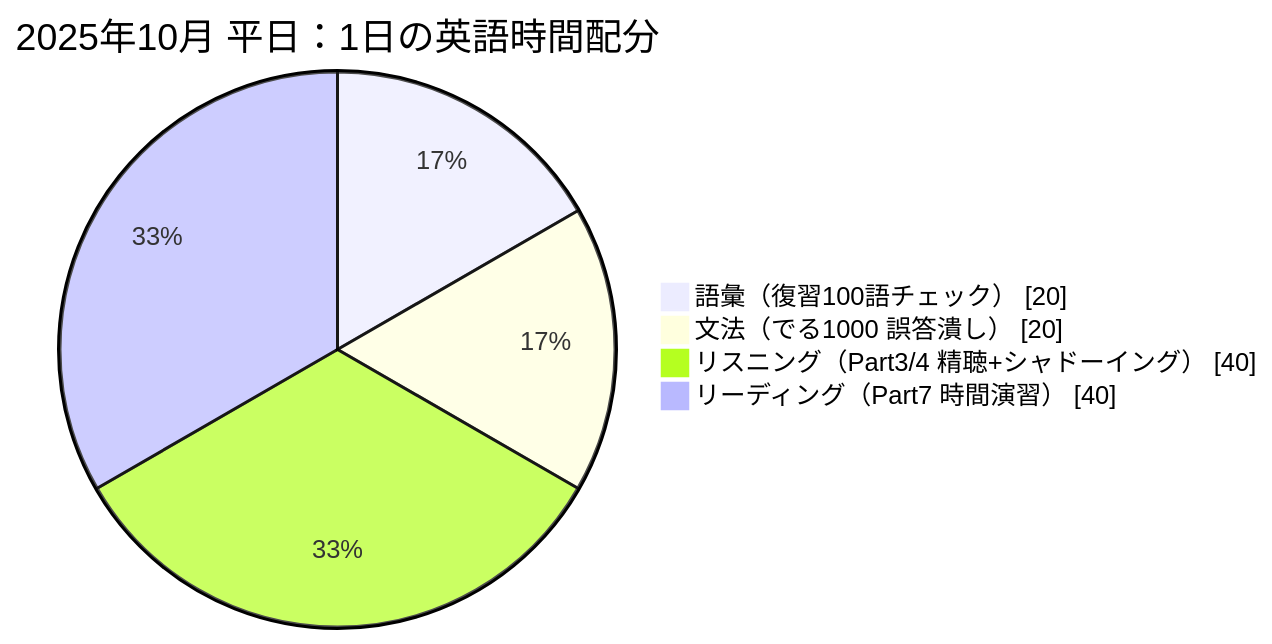
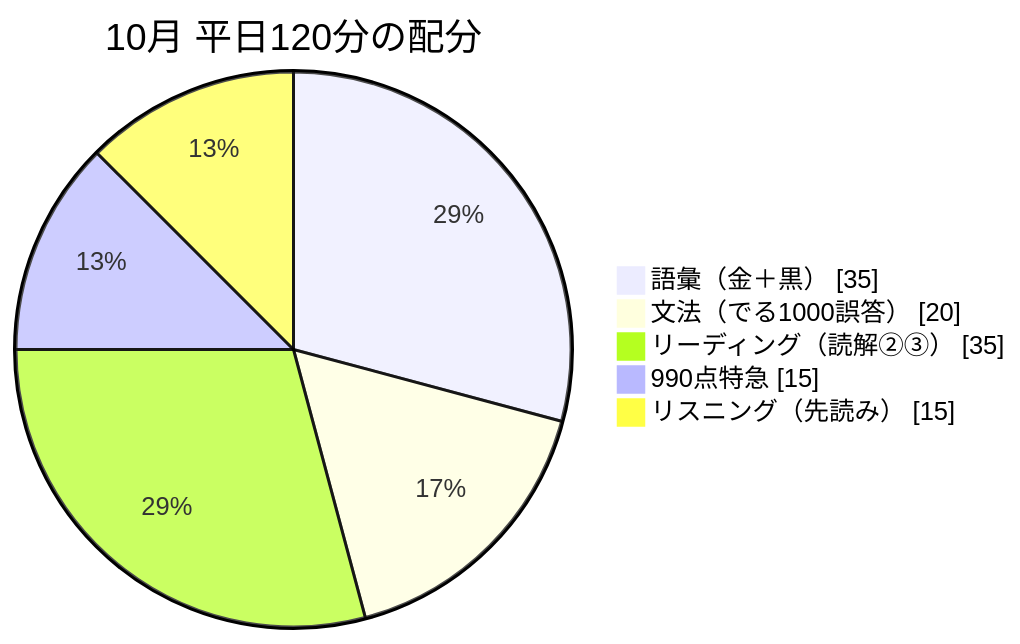
Before and after one commit to hellomyzn/TIL: the fourth of 5 diagrams in english/toeic/roadmap-2025.md, drawn with Mermaid. The commit also changed other lines of this file, not shown here.

Commit message:
update: toeic roadmap

````diff
--- a/english/toeic/roadmap-2025.md
+++ b/english/toeic/roadmap-2025.md
@@ -111,8 +107,9 @@
 ```mermaid
 pie showData
-title 2025年10月 平日：1日の英語時間配分
-"語彙（復習100語チェック）" : 20
-"文法（でる1000 誤答潰し）" : 20
-"リスニング（Part3/4 精聴+シャドーイング）" : 40
-"リーディング（Part7 時間演習）" : 40
+title 10月 平日120分の配分
+"語彙（金＋黒）" : 35
+"文法（でる1000誤答）" : 20
+"リーディング（読解②③）" : 35
+"990点特急" : 15
+"リスニング（先読み）" : 15
 ```
````
